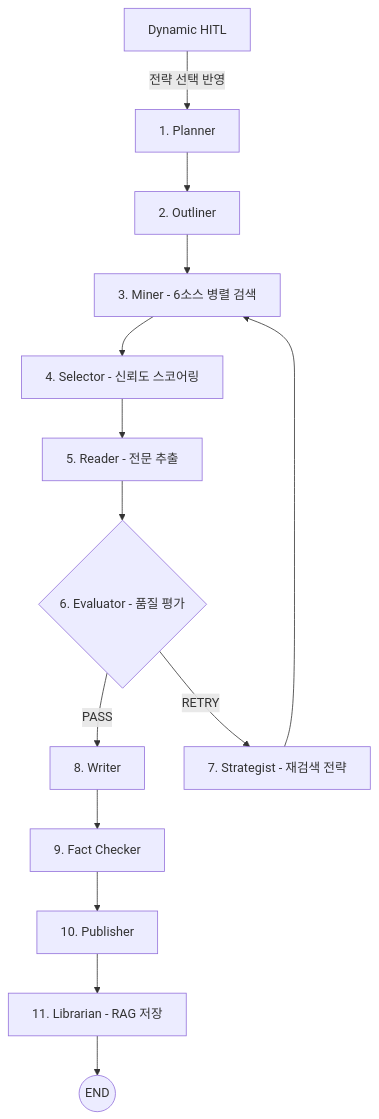
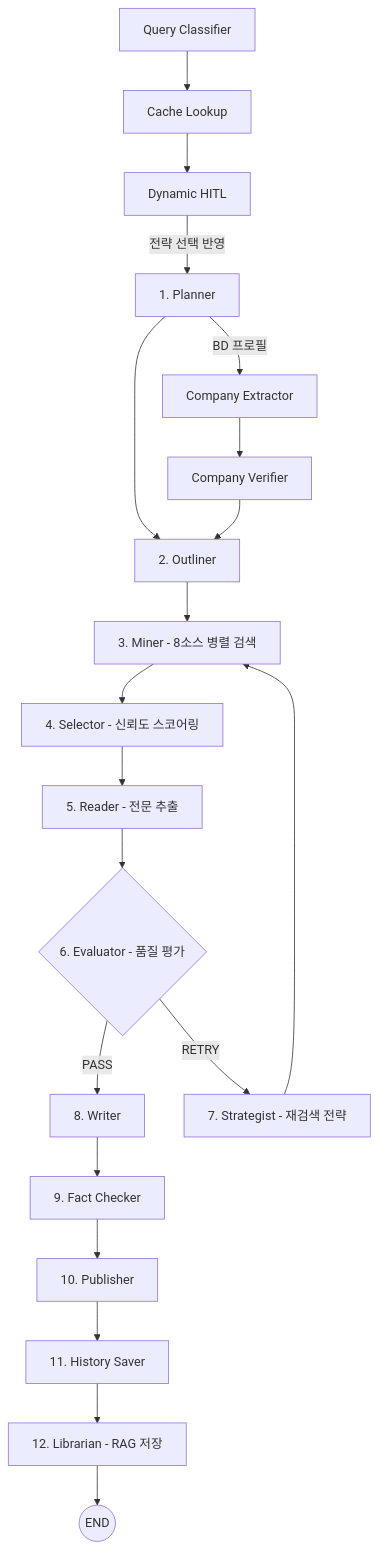
The second of 6 diagrams in notion-portfolio.md (leovis87/portfolio-showcase), drawn with Mermaid before and after one commit. The commit also changed other lines of this file and 5 other files, not shown here.

````diff
--- a/notion-portfolio.md
+++ b/notion-portfolio.md
@@ -63,16 +65,22 @@
 ```mermaid
 flowchart TD
-    HITL["Dynamic HITL"] -->|전략 선택 반영| PL["1. Planner"]
+    QC["Query Classifier"] --> CL["Cache Lookup"]
+    CL --> HITL["Dynamic HITL"]
+    HITL -->|전략 선택 반영| PL["1. Planner"]
     PL --> OL["2. Outliner"]
-    OL --> MN["3. Miner - 6소스 병렬 검색"]
+    PL -->|BD 프로필| CE["Company Extractor"]
+    CE --> CV["Company Verifier"]
+    CV --> OL
+    OL --> MN["3. Miner - 8소스 병렬 검색"]
     MN --> SL["4. Selector - 신뢰도 스코어링"]
     SL --> RD["5. Reader - 전문 추출"]
     RD --> EV{"6. Evaluator - 품질 평가"}
     EV -->|PASS| WR["8. Writer"]
     EV -->|RETRY| ST["7. Strategist - 재검색 전략"]
     ST --> MN
     WR --> FC["9. Fact Checker"]
     FC --> PB["10. Publisher"]
-    PB --> LB["11. Librarian - RAG 저장"]
+    PB --> HS["11. History Saver"]
+    HS --> LB["12. Librarian - RAG 저장"]
     LB --> END(("END"))
 ```
````
